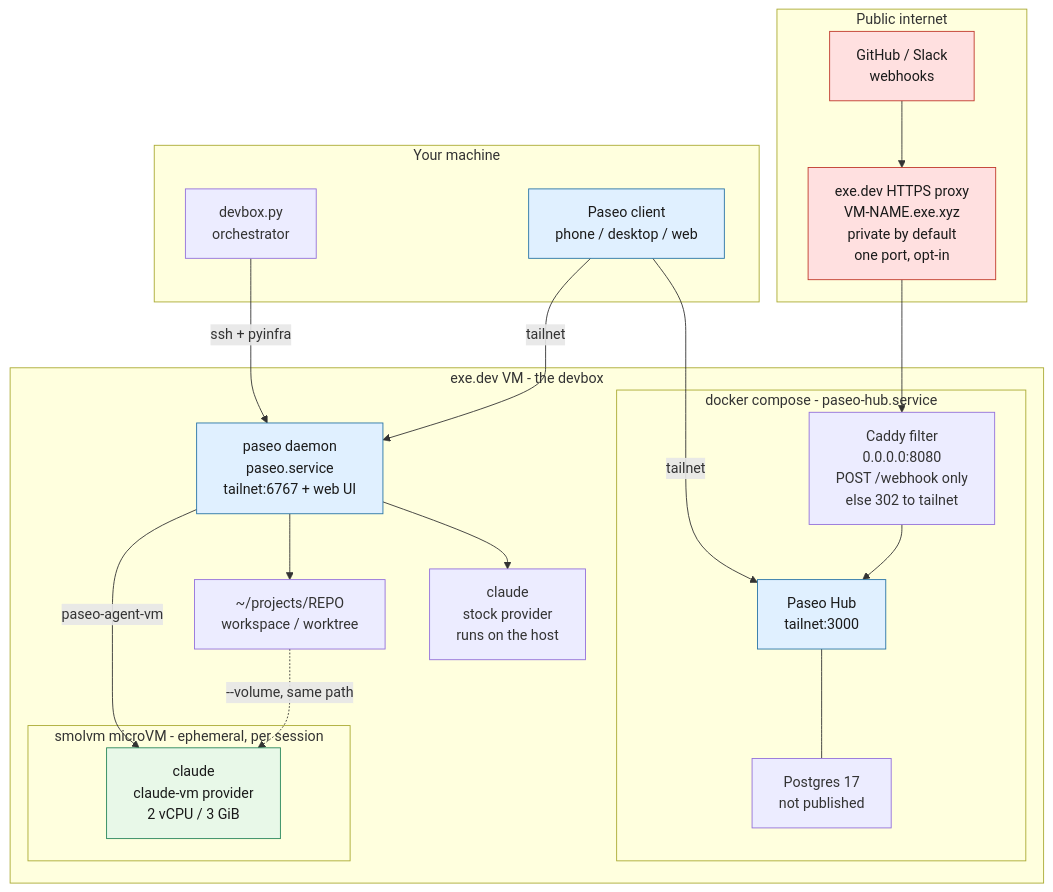
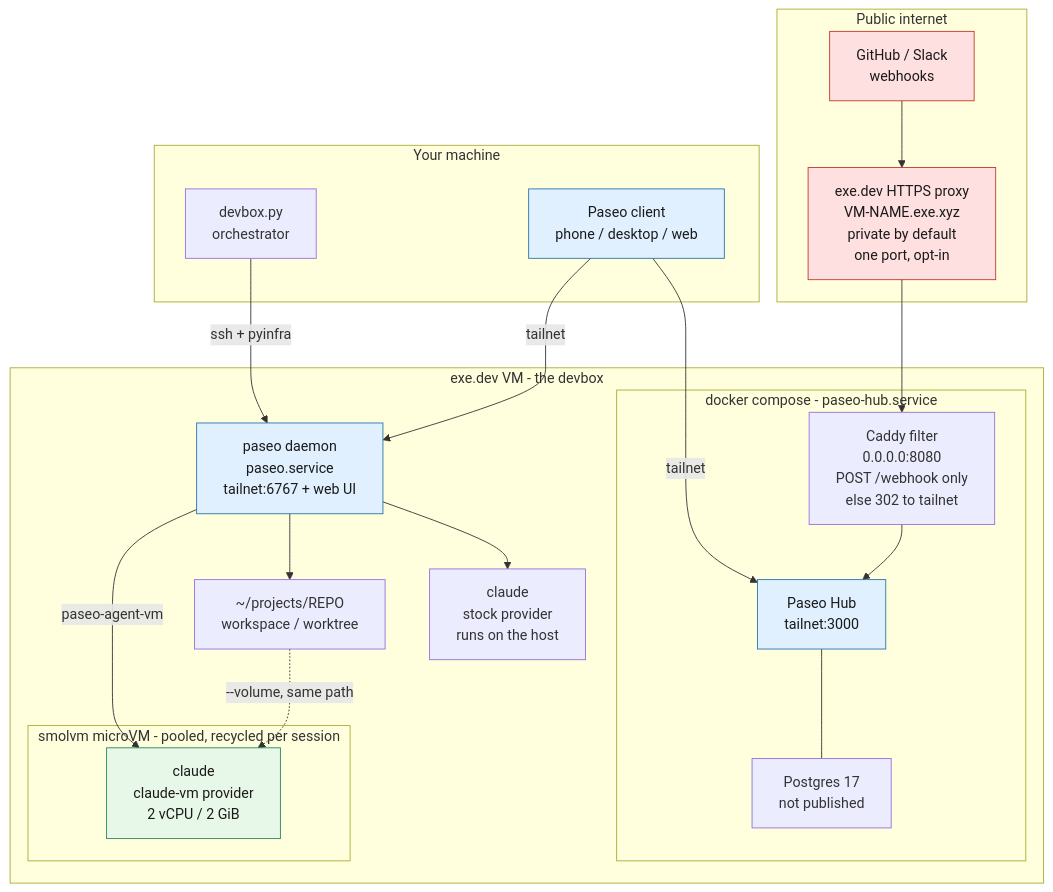
One commit to luketurner/devbox changed the diagram in README.md. Above: the diagram before and after it, drawn with Mermaid. The commit also changed other lines of this file and 3 other files, not shown here.

````diff
--- a/README.md
+++ b/README.md
@@ -23,47 +23,47 @@
 ```mermaid
 graph TB
     subgraph you["Your machine"]
         CLI["devbox.py\norchestrator"]
         CLIENT["Paseo client\nphone / desktop / web"]
     end
 
     subgraph pub["Public internet"]
         HOOKS["GitHub / Slack\nwebhooks"]
         PROXY["exe.dev HTTPS proxy\nVM-NAME.exe.xyz\nprivate by default\none port, opt-in"]
     end
 
     subgraph box["exe.dev VM - the devbox"]
         DAEMON["paseo daemon\npaseo.service\ntailnet:6767 + web UI"]
         REPO["~/projects/REPO\nworkspace / worktree"]
         HOSTCLAUDE["claude\nstock provider\nruns on the host"]
 
         subgraph dc["docker compose - paseo-hub.service"]
             CADDY["Caddy filter\n0.0.0.0:8080\nPOST /webhook only\nelse 302 to tailnet"]
             HUB["Paseo Hub\ntailnet:3000"]
             PG["Postgres 17\nnot published"]
         end
 
-        subgraph mvm["smolvm microVM - ephemeral, per session"]
-            VMCLAUDE["claude\nclaude-vm provider\n2 vCPU / 3 GiB"]
+        subgraph mvm["smolvm microVM - pooled, recycled per session"]
+            VMCLAUDE["claude\nclaude-vm provider\n2 vCPU / 2 GiB"]
         end
     end
 
     CLI -->|"ssh + pyinfra"| DAEMON
     CLIENT -->|tailnet| DAEMON
     CLIENT -->|tailnet| HUB
     HOOKS --> PROXY
     PROXY --> CADDY
     CADDY --> HUB
     HUB --- PG
     DAEMON --> HOSTCLAUDE
     DAEMON --> REPO
     DAEMON -->|"paseo-agent-vm"| VMCLAUDE
     REPO -.->|"--volume, same path"| VMCLAUDE
 
     classDef public fill:#ffe0e0,stroke:#c0392b,color:#1a1a1a
     classDef tailnet fill:#e0f0ff,stroke:#2874a6,color:#1a1a1a
     classDef sandbox fill:#e8f8e8,stroke:#27865a,color:#1a1a1a
     class HOOKS,PROXY public
     class DAEMON,HUB,CLIENT tailnet
     class VMCLAUDE sandbox
 ```
````
